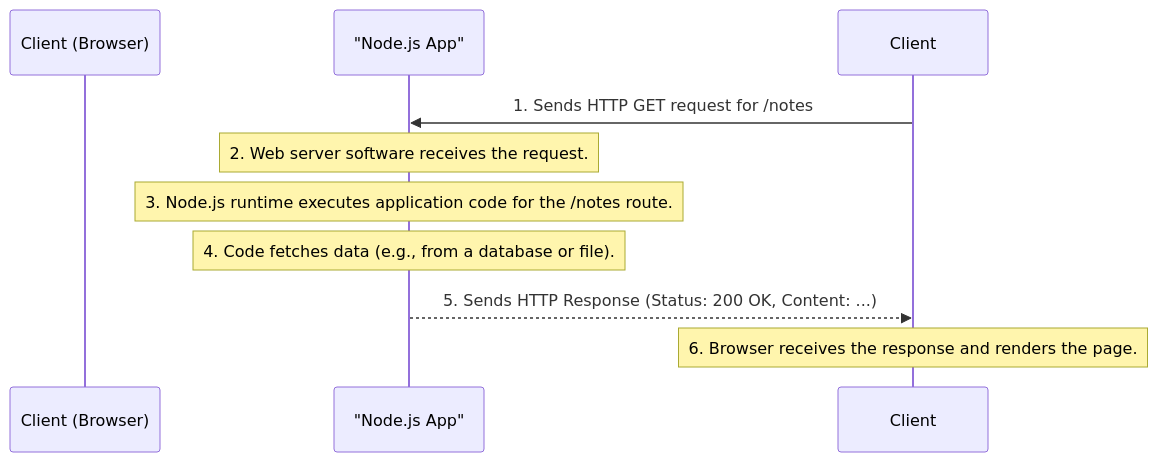
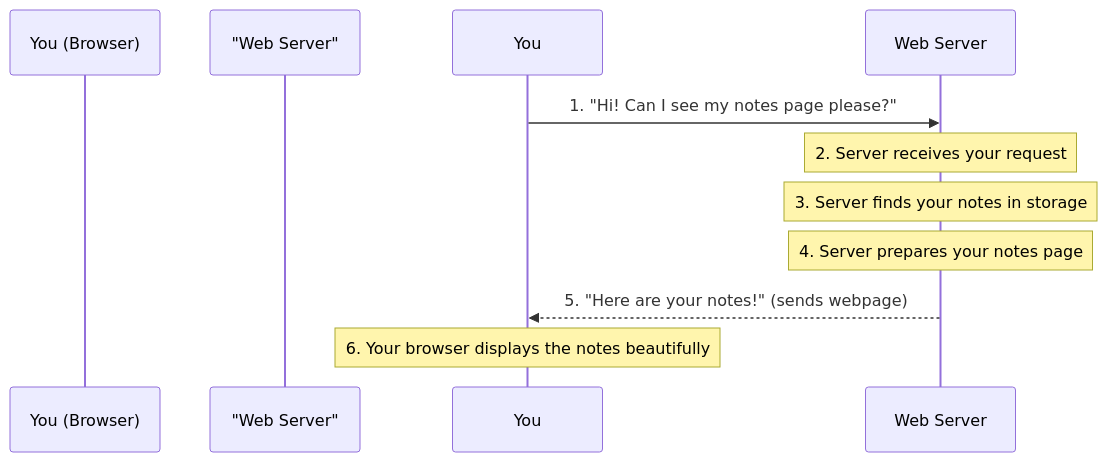
The first of 7 diagrams in README.md (AltamashAhmad/Browser_and_Server_guide), drawn with Mermaid before and after one commit. The commit also changed other lines of this file, not shown here.

````diff
--- a/README.md
+++ b/README.md
@@ -53,12 +76,12 @@
 ```mermaid
 sequenceDiagram
-    participant Client (Browser)
-    participant "Node.js App"
+    participant You (Browser)
+    participant "Web Server"
 
-    Client->>"Node.js App": 1. Sends HTTP GET request for /notes
-    Note over "Node.js App": 2. Web server software receives the request.
-    Note over "Node.js App": 3. Node.js runtime executes application code for the /notes route.
-    Note over "Node.js App": 4. Code fetches data (e.g., from a database or file).
-    "Node.js App"-->>Client: 5. Sends HTTP Response (Status: 200 OK, Content: ...)
-    Note over Client: 6. Browser receives the response and renders the page.
+    You->>Web Server: 1. "Hi! Can I see my notes page please?"
+    Note over Web Server: 2. Server receives your request
+    Note over Web Server: 3. Server finds your notes in storage
+    Note over Web Server: 4. Server prepares your notes page
+    Web Server-->>You: 5. "Here are your notes!" (sends webpage)
+    Note over You: 6. Your browser displays the notes beautifully
 ```
````
